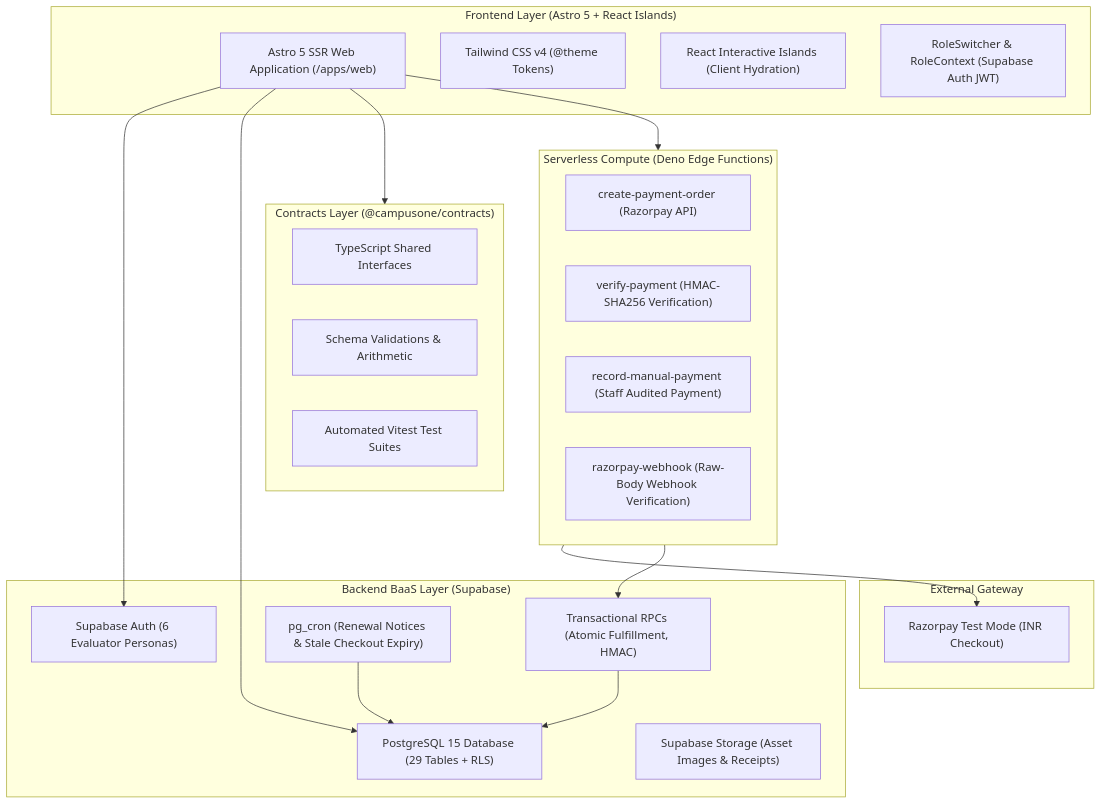
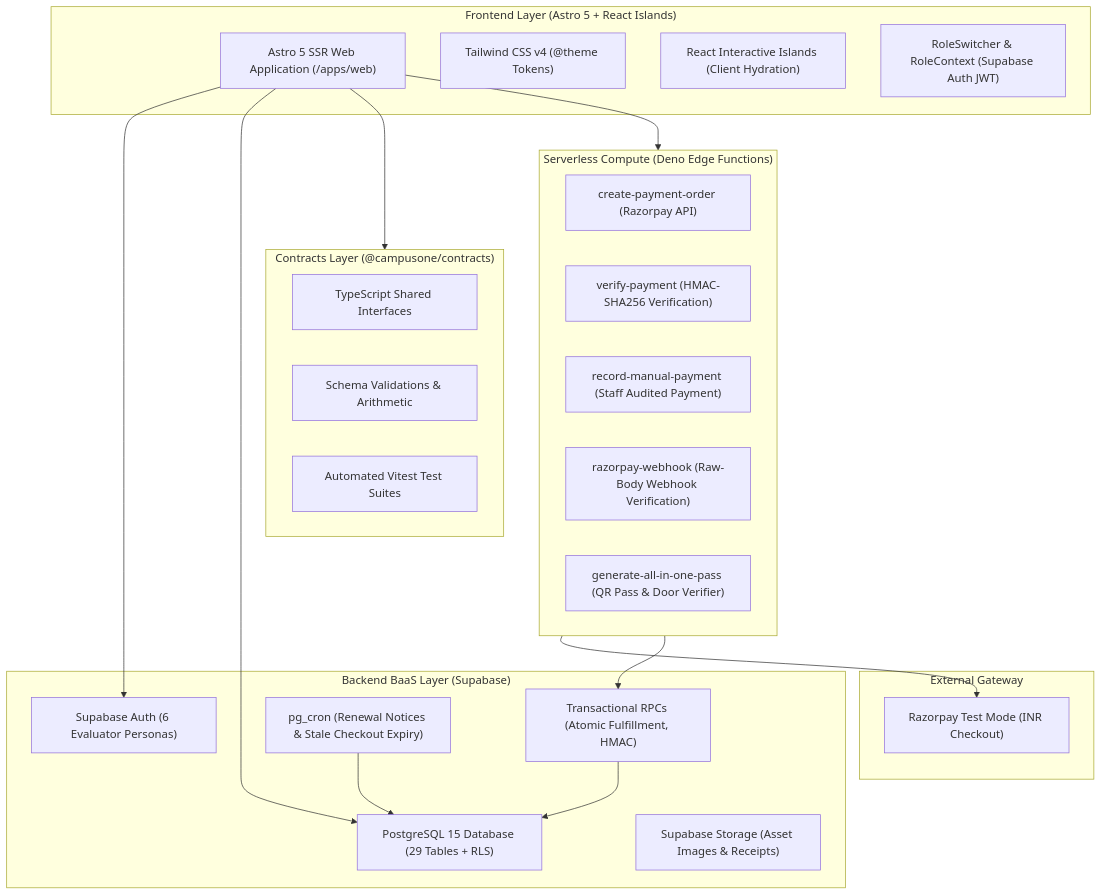
The first of 3 diagrams in README.md (ravitejam2007-code/CampusOne), drawn with Mermaid before and after one commit. The commit also changed other lines of this file and 7 other files, not shown here.

Commit message:
feat(backend): implement All-in-One Student Pass and QR Code generator with cryptographic verification

````diff
--- a/README.md
+++ b/README.md
@@ -98,43 +99,44 @@
 ```mermaid
 flowchart TD
     subgraph Frontend["Frontend Layer (Astro 5 + React Islands)"]
         UI["Astro 5 SSR Web Application (/apps/web)"]
         Tailwind["Tailwind CSS v4 (@theme Tokens)"]
         Islands["React Interactive Islands (Client Hydration)"]
         Roles["RoleSwitcher & RoleContext (Supabase Auth JWT)"]
     end
 
     subgraph Contracts["Contracts Layer (@campusone/contracts)"]
         Types["TypeScript Shared Interfaces"]
         Zod["Schema Validations & Arithmetic"]
         Tests["Automated Vitest Test Suites"]
     end
 
     subgraph Backend["Backend BaaS Layer (Supabase)"]
         Auth["Supabase Auth (6 Evaluator Personas)"]
         Postgres["PostgreSQL 15 Database (29 Tables + RLS)"]
         RPC["Transactional RPCs (Atomic Fulfillment, HMAC)"]
         Cron["pg_cron (Renewal Notices & Stale Checkout Expiry)"]
         Storage["Supabase Storage (Asset Images & Receipts)"]
     end
 
     subgraph EdgeFunctions["Serverless Compute (Deno Edge Functions)"]
         EF1["create-payment-order (Razorpay API)"]
         EF2["verify-payment (HMAC-SHA256 Verification)"]
         EF3["record-manual-payment (Staff Audited Payment)"]
         EF4["razorpay-webhook (Raw-Body Webhook Verification)"]
+        EF5["generate-all-in-one-pass (QR Pass & Door Verifier)"]
     end
 
     subgraph External["External Gateway"]
         Razorpay["Razorpay Test Mode (INR Checkout)"]
     end
 
     UI --> Contracts
     UI --> Auth
     UI --> Postgres
     UI --> EdgeFunctions
     EdgeFunctions --> Razorpay
     EdgeFunctions --> RPC
     RPC --> Postgres
     Cron --> Postgres
 ```
````
